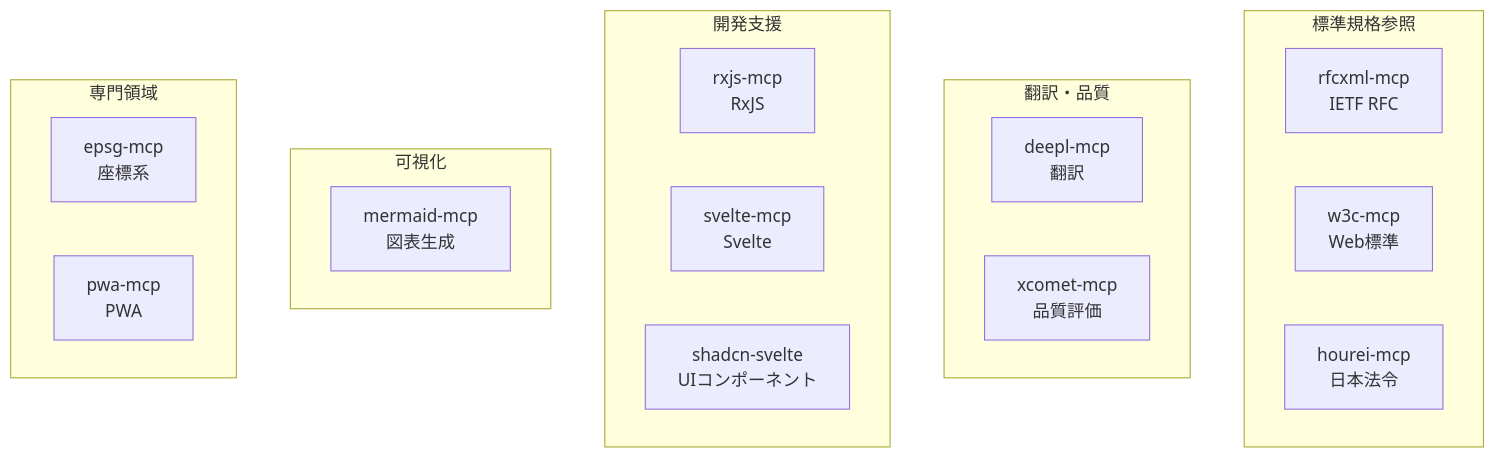
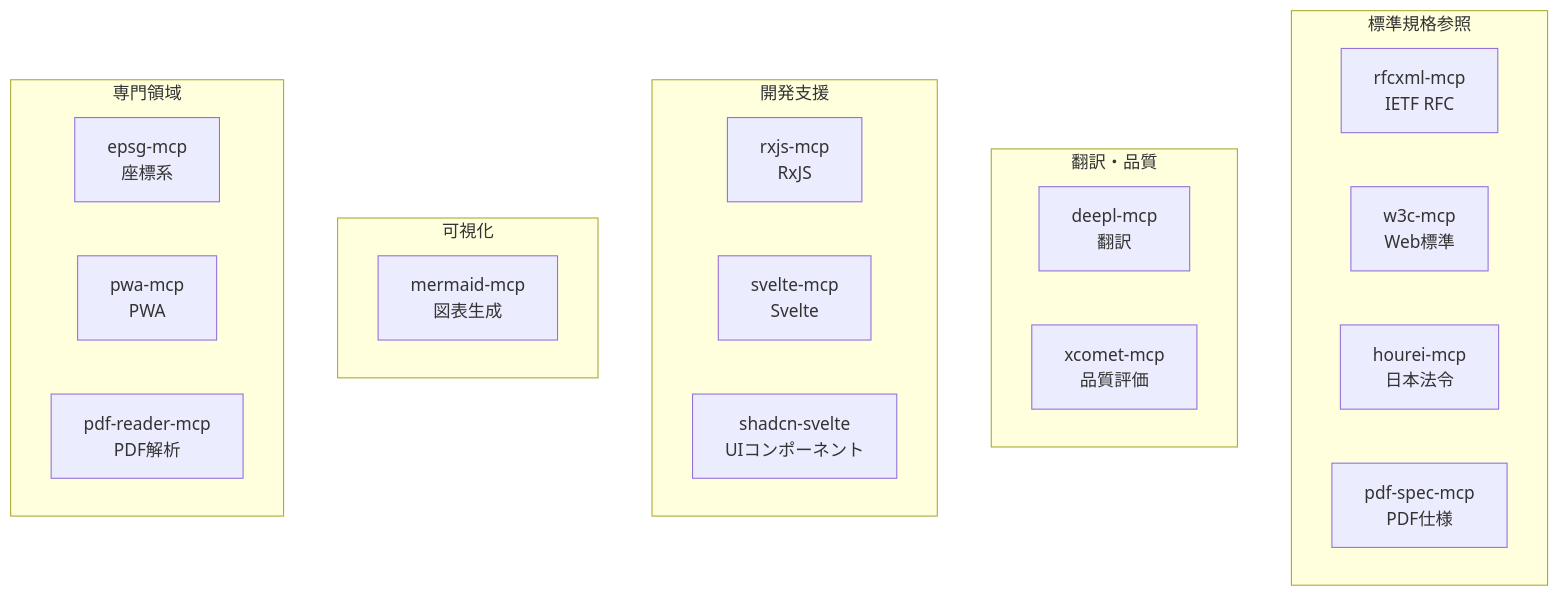
The second of 5 diagrams in docs/mcp/catalog.ja.md (shuji-bonji/ai-agent-architecture), drawn with Mermaid before and after one commit. The commit also changed other lines of this file and 7 other files, not shown here.

````diff
--- a/docs/mcp/catalog.ja.md
+++ b/docs/mcp/catalog.ja.md
@@ -213,28 +298,30 @@
 ```mermaid
 graph TB
     subgraph 標準規格参照
         RFC[rfcxml-mcp<br/>IETF RFC]
         W3C[w3c-mcp<br/>Web標準]
         LAW[hourei-mcp<br/>日本法令]
+        PDFSPEC[pdf-spec-mcp<br/>PDF仕様]
     end
 
     subgraph "翻訳・品質"
         DEEPL[deepl-mcp<br/>翻訳]
         XCOMET[xcomet-mcp<br/>品質評価]
     end
 
     subgraph 開発支援
         RXJS[rxjs-mcp<br/>RxJS]
         SVELTE[svelte-mcp<br/>Svelte]
         SHADCN[shadcn-svelte<br/>UIコンポーネント]
     end
 
     subgraph 可視化
         MERMAID[mermaid-mcp<br/>図表生成]
     end
 
     subgraph 専門領域
         EPSG[epsg-mcp<br/>座標系]
         PWA[pwa-mcp<br/>PWA]
+        PDFREADER[pdf-reader-mcp<br/>PDF解析]
     end
 ```
````
